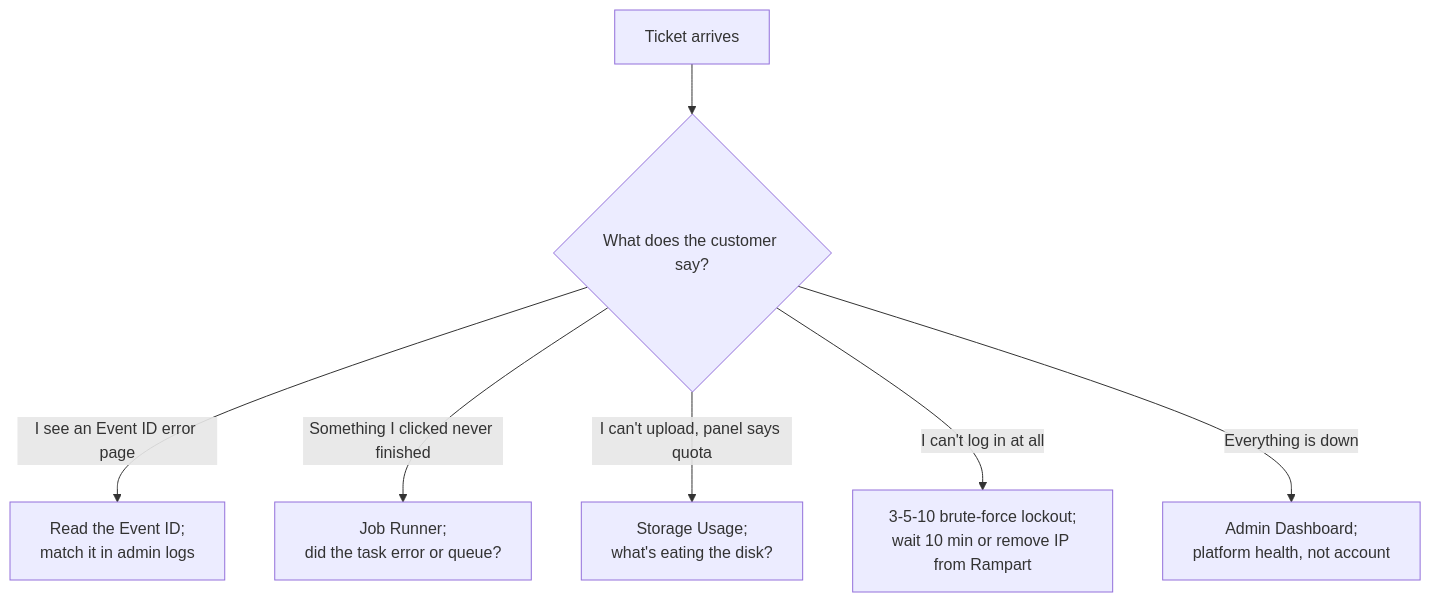
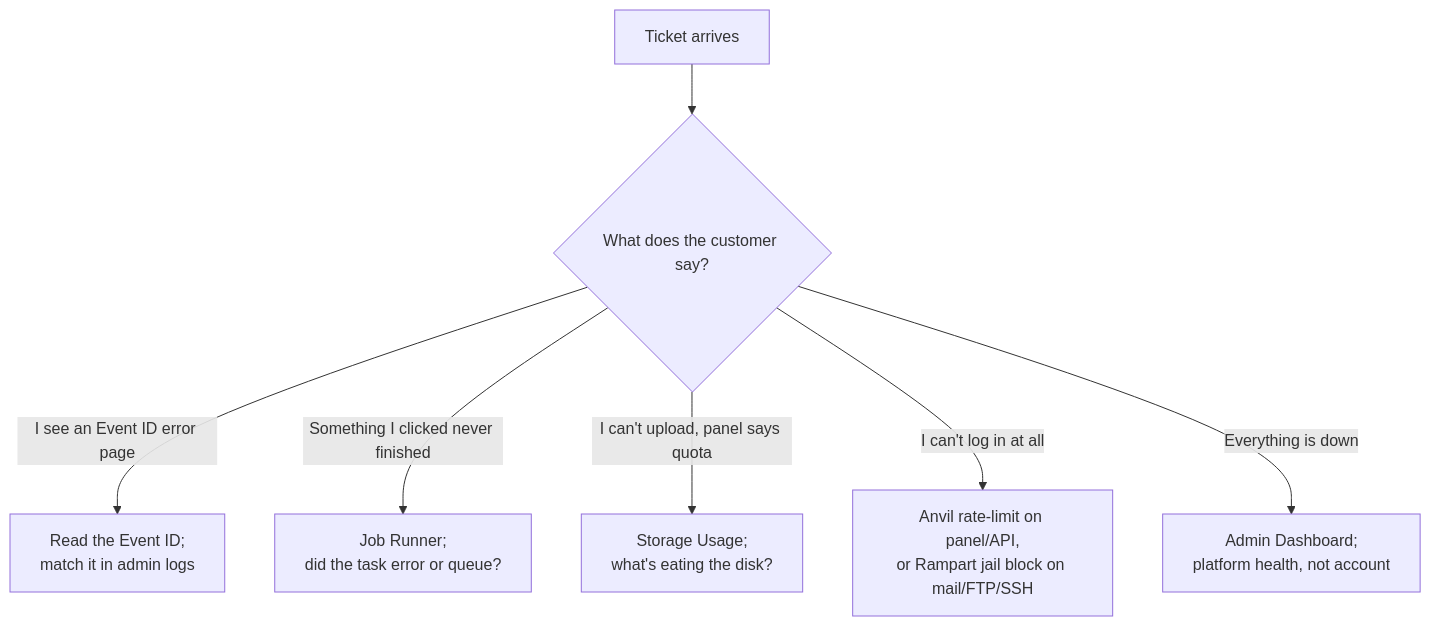
The diagram in src/content/lessons/apiscp/l1/06-triage-moves.mdx (ccp-aus/learn), drawn with Mermaid before and after one commit. The commit also changed other lines of this file and 8 other files, not shown here.

````diff
--- a/src/content/lessons/apiscp/l1/06-triage-moves.mdx
+++ b/src/content/lessons/apiscp/l1/06-triage-moves.mdx
@@ -17,9 +17,9 @@
 ```mermaid
 flowchart TD
     Ticket[Ticket arrives] --> Q1{What does the customer say?}
     Q1 -- "I see an Event ID error page" --> EID[Read the Event ID;<br/>match it in admin logs]
     Q1 -- "Something I clicked never finished" --> JR[Job Runner;<br/>did the task error or queue?]
     Q1 -- "I can't upload, panel says quota" --> ST[Storage Usage;<br/>what's eating the disk?]
-    Q1 -- "I can't log in at all" --> BF[3-5-10 brute-force lockout;<br/>wait 10 min or remove IP from Rampart]
+    Q1 -- "I can't log in at all" --> BF[Anvil rate-limit on panel/API,<br/>or Rampart jail block on mail/FTP/SSH]
     Q1 -- "Everything is down" --> ADM[Admin Dashboard;<br/>platform health, not account]
 ```
````
